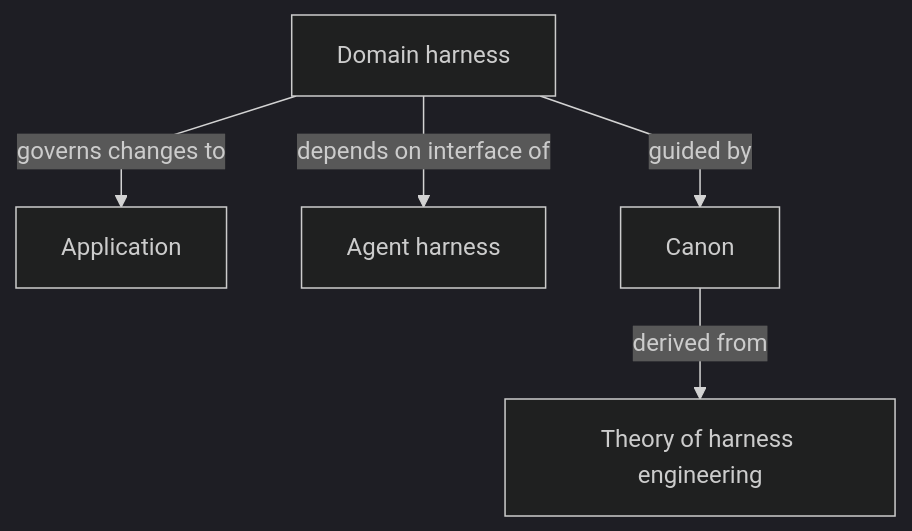
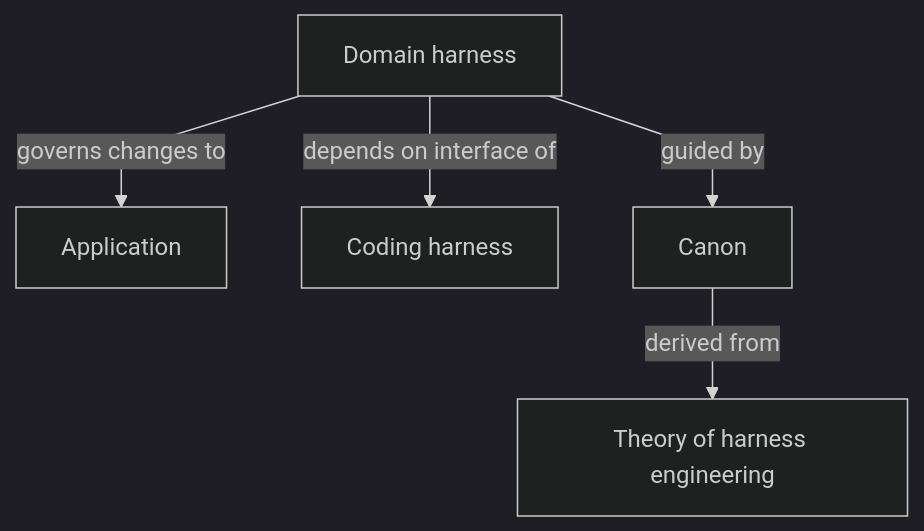
One commit to paul-gross/harness-engineering changed the diagram in concepts/harness-components.md. Above: the diagram before and after it, drawn with Mermaid (dark theme). The commit also changed other lines of this file and 9 other files, not shown here.

Commit message:
docs(concepts): rename agent harness to coding harness, reframe components around the harnessed workspace

````diff
--- a/concepts/harness-components.md
+++ b/concepts/harness-components.md
@@ -70,14 +72,14 @@
 ```mermaid
 %%{init: {'flowchart': {'curve': 'linear'}}}%%
 graph TD
     App["Application"]
-    Agent["Agent harness"]
+    Agent["Coding harness"]
     Domain["Domain harness"]
     Canon["Canon"]
     Theory["Theory of harness engineering"]
 
     Domain -->|depends on interface of| Agent
     Domain -->|governs changes to| App
     Domain -->|guided by| Canon
     Canon -->|derived from| Theory
 ```
````
